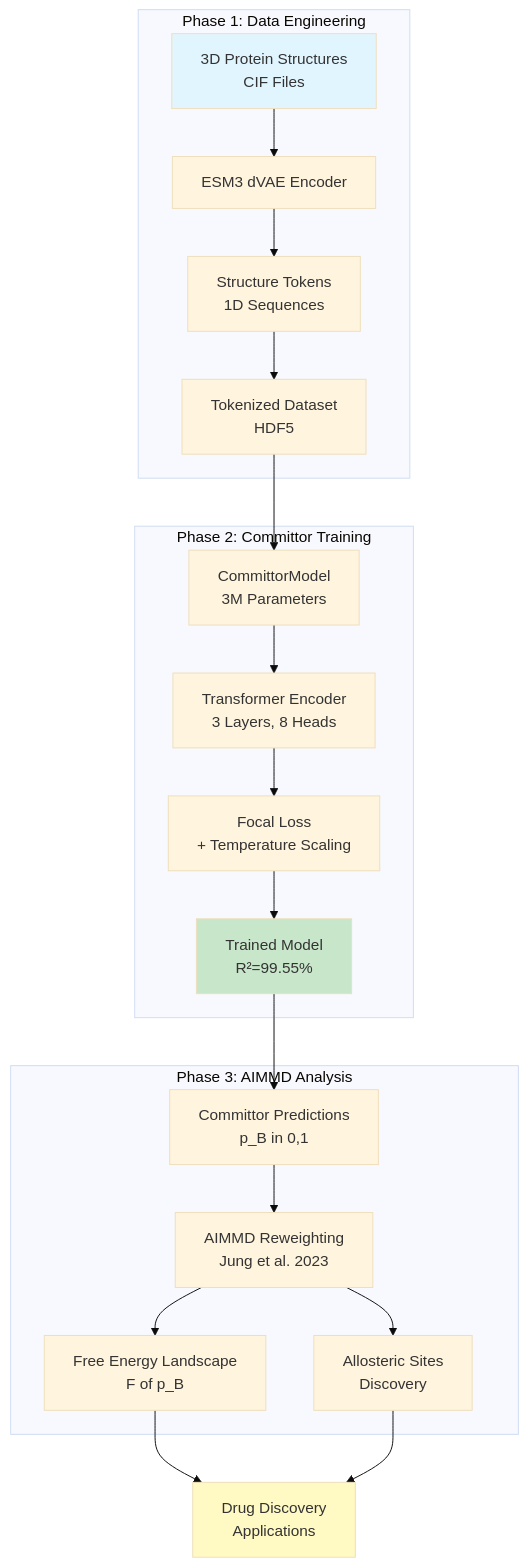
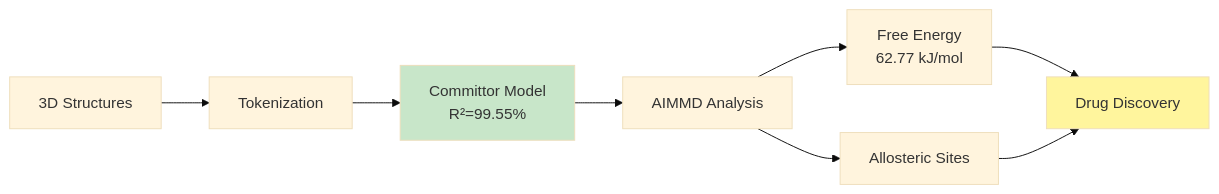
Before and after one commit to Varosync/Jinja: the diagram in README.md, drawn with Mermaid (base theme). The commit also changed other lines of this file, not shown here.

Commit message:
Update README: landscape diagram and cleaner messaging

````diff
--- a/README.md
+++ b/README.md
@@ -11,29 +11,13 @@
 ```mermaid
-graph TB
-    subgraph "Phase 1: Data Engineering"
-        A[3D Protein Structures<br/>CIF Files] --> B[ESM3 dVAE Encoder]
-        B --> C[Structure Tokens<br/>1D Sequences]
-        C --> D[Tokenized Dataset<br/>HDF5]
-    end
+graph LR
+    A[3D Structures] --> B[Tokenization]
+    B --> C[Committor Model<br/>R²=99.55%]
+    C --> D[AIMMD Analysis]
+    D --> E[Free Energy<br/>62.77 kJ/mol]
+    D --> F[Allosteric Sites]
+    E --> G[Drug Discovery]
+    F --> G
     
-    subgraph "Phase 2: Committor Training"
-        D --> E[CommittorModel<br/>3M Parameters]
-        E --> F[Transformer Encoder<br/>3 Layers, 8 Heads]
-        F --> G[Focal Loss<br/>+ Temperature Scaling]
-        G --> H[Trained Model<br/>R²=99.55%]
-    end
-    
-    subgraph "Phase 3: AIMMD Analysis"
-        H --> I[Committor Predictions<br/>p_B in 0,1]
-        I --> J[AIMMD Reweighting<br/>Jung et al. 2023]
-        J --> K[Free Energy Landscape<br/>F of p_B]
-        J --> L[Allosteric Sites<br/>Discovery]
-    end
-    
-    K --> M[Drug Discovery<br/>Applications]
-    L --> M
-    
-    style A fill:#e1f5ff
-    style H fill:#c8e6c9
-    style M fill:#fff9c4
+    style C fill:#c8e6c9
+    style G fill:#fff59d
 ```
````
